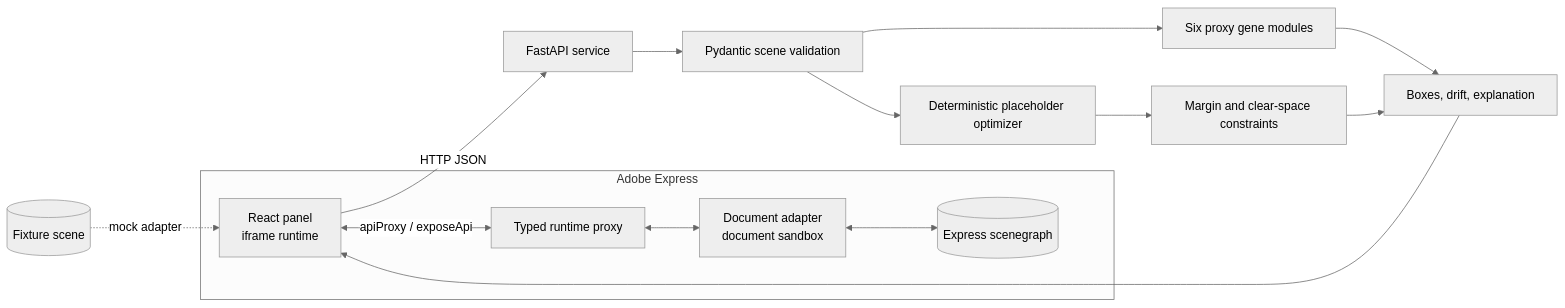
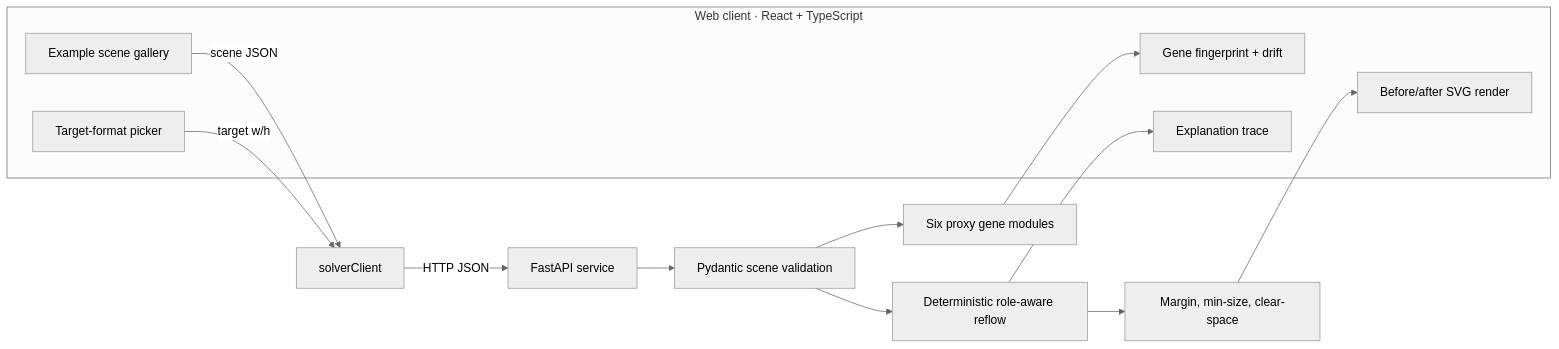
One commit to amolm7/layout-dna changed the diagram in docs/architecture.md. Above: the diagram before and after it, drawn with Mermaid (neutral theme). The commit also changed other lines of this file and 1 other file, not shown here.

First line of the commit message:
docs: rewrite architecture and demo script for the standalone project

````diff
--- a/docs/architecture.md
+++ b/docs/architecture.md
@@ -3,23 +6,21 @@
 ```mermaid
 flowchart LR
-    subgraph Express[Adobe Express]
-        UI[React panel\niframe runtime]
-        Bridge[Typed runtime proxy]
-        Sandbox[Document adapter\ndocument sandbox]
-        Document[(Express scenegraph)]
-        UI <-->|apiProxy / exposeApi| Bridge
-        Bridge <--> Sandbox
-        Sandbox <--> Document
+    subgraph Web[Web client · React + TypeScript]
+        Gallery[Example scene gallery]
+        Picker[Target-format picker]
+        Preview[Before/after SVG render]
+        Radar[Gene fingerprint + drift]
+        Trace[Explanation trace]
     end
 
-    UI -->|HTTP JSON| API[FastAPI service]
+    Gallery -->|scene JSON| Client[solverClient]
+    Picker -->|target w/h| Client
+    Client -->|HTTP JSON| API[FastAPI service]
     API --> Validate[Pydantic scene validation]
     Validate --> Fingerprint[Six proxy gene modules]
-    Validate --> Optimize[Deterministic placeholder optimizer]
-    Optimize --> Constraints[Margin and clear-space constraints]
-    Fingerprint --> Trace[Scores and notes]
-    Constraints --> Trace[Boxes, drift, explanation]
-    Trace --> UI
-
-    Fixture[(Fixture scene)] -. mock adapter .-> UI
+    Validate --> Optimize[Deterministic role-aware reflow]
+    Optimize --> Constraints[Margin, min-size, clear-space]
+    Fingerprint --> Radar
+    Constraints --> Preview
+    Optimize --> Trace
 ```
````
